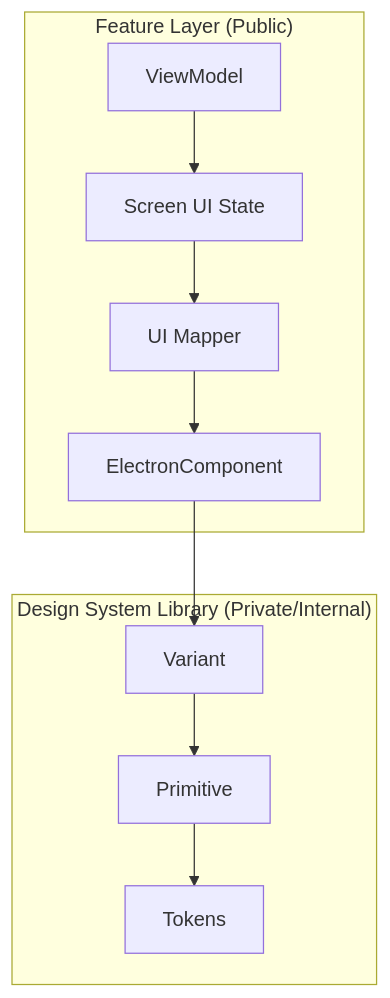
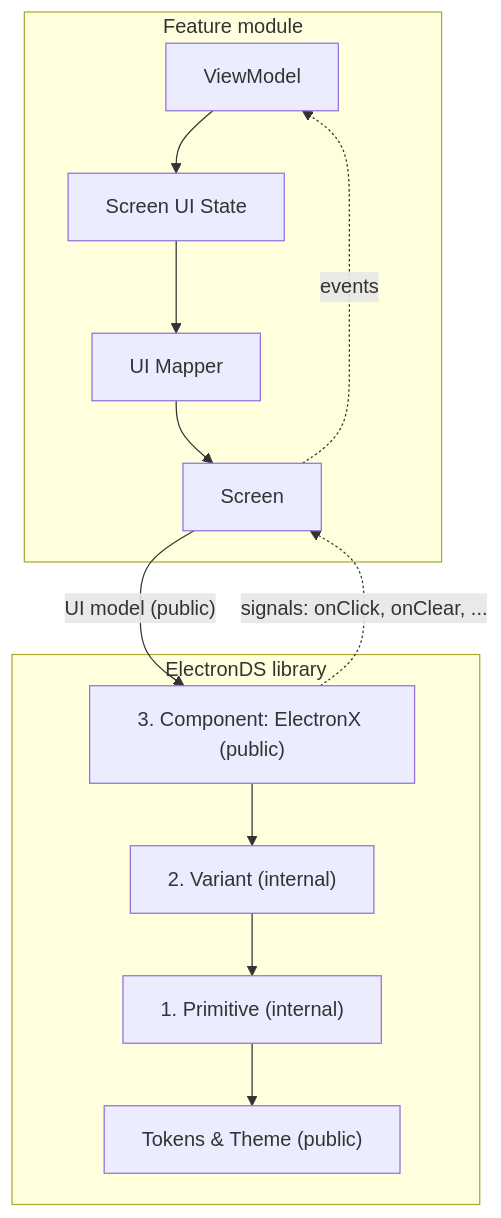
One commit to gabriel-TheCode/ElectronDS changed the diagram in README.md. Above: the diagram before and after it, drawn with Mermaid. The commit also changed other lines of this file, not shown here.

Commit message:
Fix the 3-layer architecture graph in README (#3)
ElectronComponent was drawn inside the feature layer and the whole
library was labelled private. Components live in the library as its
public layer; the feature only passes UI models to them and receives
signals back.

Claude-Session: https://claude.ai/code/session_01EjYUtqJr39HQJFEbh7RzVn

````diff
--- a/README.md
+++ b/README.md
@@ -19,14 +19,18 @@
 ```mermaid
 graph TD
-    subgraph "Feature Layer (Public)"
+    subgraph Feature["Feature module"]
         A[ViewModel] --> B[Screen UI State]
         B --> C[UI Mapper]
-        C --> D[ElectronComponent]
+        C --> S[Screen]
     end
 
-    subgraph "Design System Library (Private/Internal)"
-        D --> E[Variant]
-        E --> F[Primitive]
-        F --> G[Tokens]
+    subgraph DS["ElectronDS library"]
+        D["3. Component: ElectronX (public)"] --> E["2. Variant (internal)"]
+        E --> F["1. Primitive (internal)"]
+        F --> G["Tokens & Theme (public)"]
     end
+
+    S -- "UI model (public)" --> D
+    D -. "signals: onClick, onClear, ..." .-> S
+    S -. "events" .-> A
 ```
````
